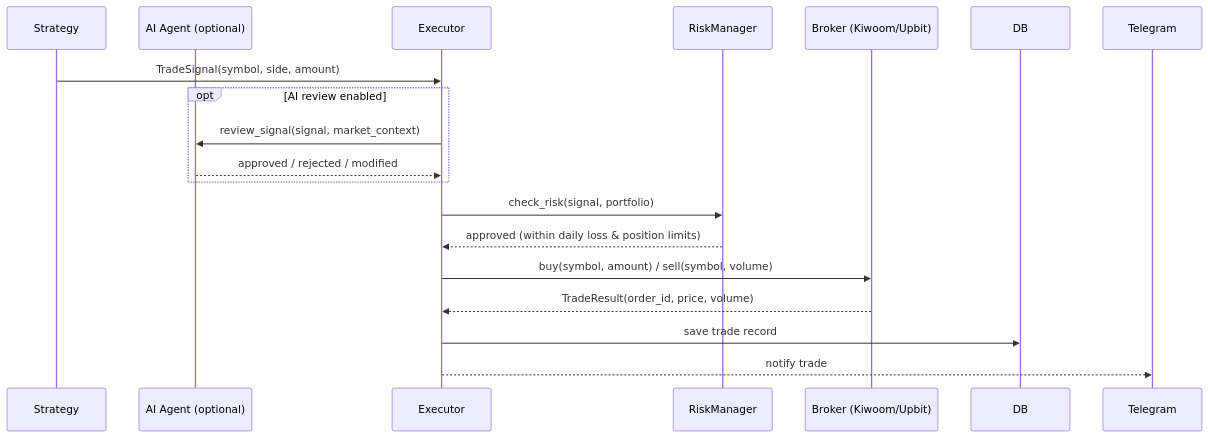
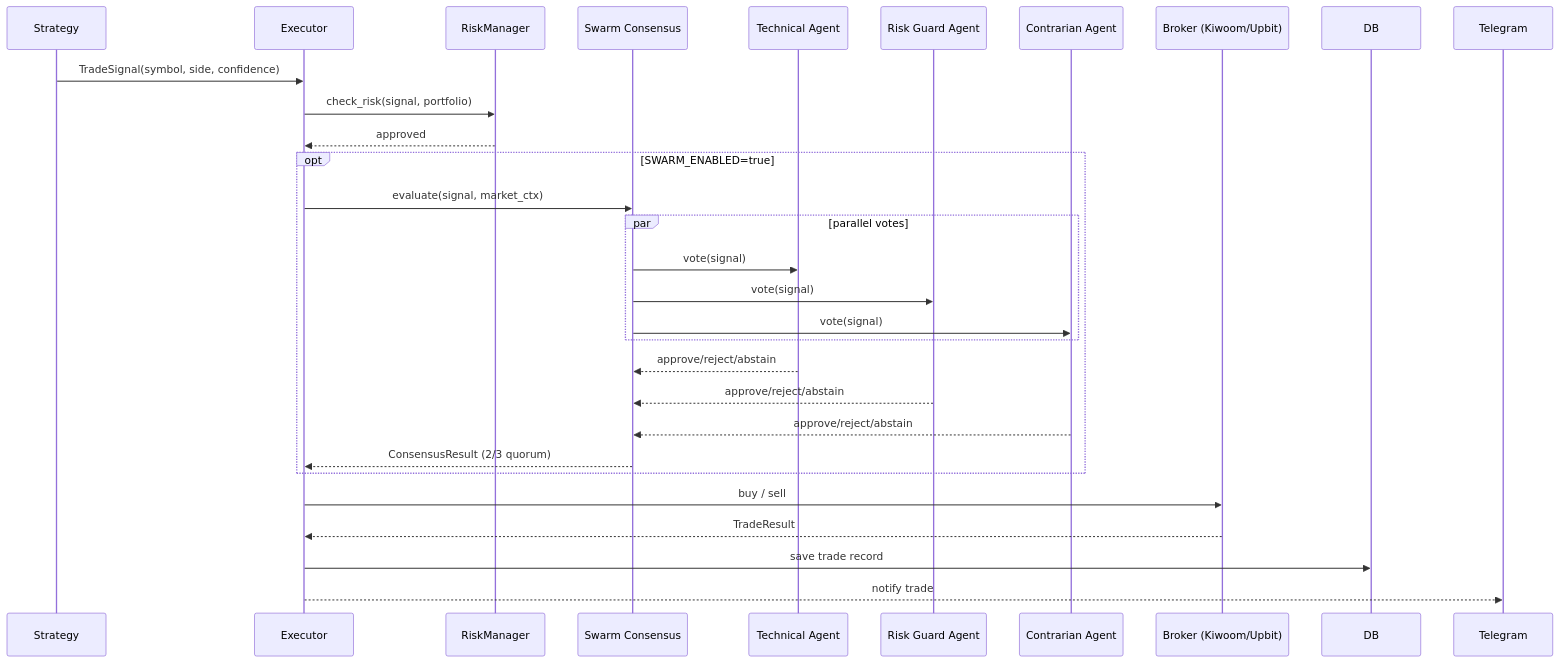
The second of 3 diagrams in README.md (bongho/trading-system-public), drawn with Mermaid before and after one commit. The commit also changed other lines of this file and 10 other files, not shown here.

First line of the commit message:
feat(swarm): add multi-agent signal consensus (Phase 6)

````diff
--- a/README.md
+++ b/README.md
@@ -66,21 +66,34 @@
 ```mermaid
 sequenceDiagram
     participant S as Strategy
-    participant A as AI Agent (optional)
     participant E as Executor
     participant R as RiskManager
+    participant SW as Swarm Consensus
+    participant T as Technical Agent
+    participant RG as Risk Guard Agent
+    participant C as Contrarian Agent
     participant B as Broker (Kiwoom/Upbit)
     participant D as DB
 
-    S->>E: TradeSignal(symbol, side, amount)
-    opt AI review enabled
-        E->>A: review_signal(signal, market_context)
-        A-->>E: approved / rejected / modified
+    S->>E: TradeSignal(symbol, side, confidence)
+    E->>R: check_risk(signal, portfolio)
+    R-->>E: approved
+
+    opt SWARM_ENABLED=true
+        E->>SW: evaluate(signal, market_ctx)
+        par parallel votes
+            SW->>T: vote(signal)
+            SW->>RG: vote(signal)
+            SW->>C: vote(signal)
+        end
+        T-->>SW: approve/reject/abstain
+        RG-->>SW: approve/reject/abstain
+        C-->>SW: approve/reject/abstain
+        SW-->>E: ConsensusResult (2/3 quorum)
     end
-    E->>R: check_risk(signal, portfolio)
-    R-->>E: approved (within daily loss & position limits)
-    E->>B: buy(symbol, amount) / sell(symbol, volume)
-    B-->>E: TradeResult(order_id, price, volume)
+
+    E->>B: buy / sell
+    B-->>E: TradeResult
     E->>D: save trade record
     E-->>Telegram: notify trade
 ```
````
